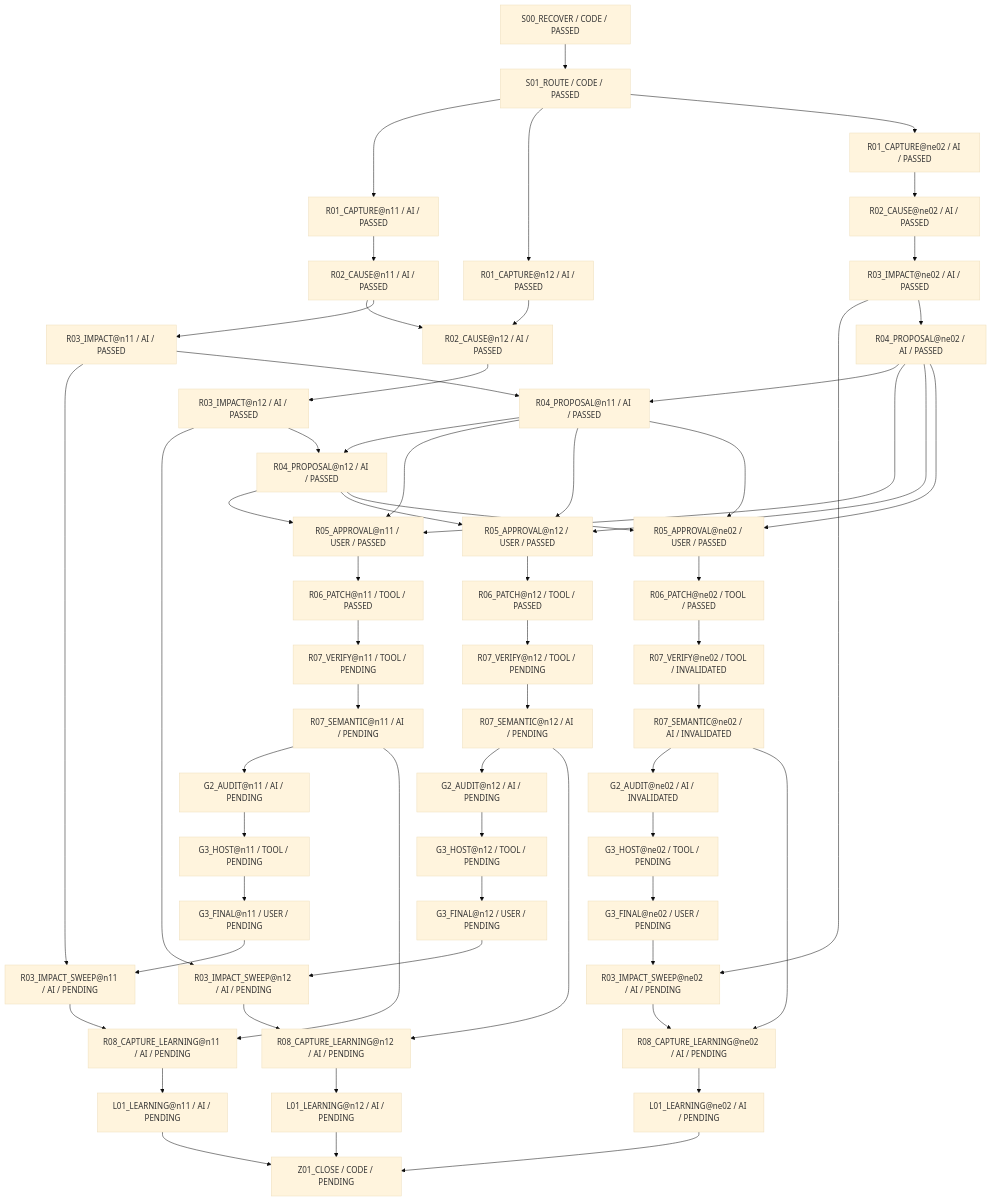
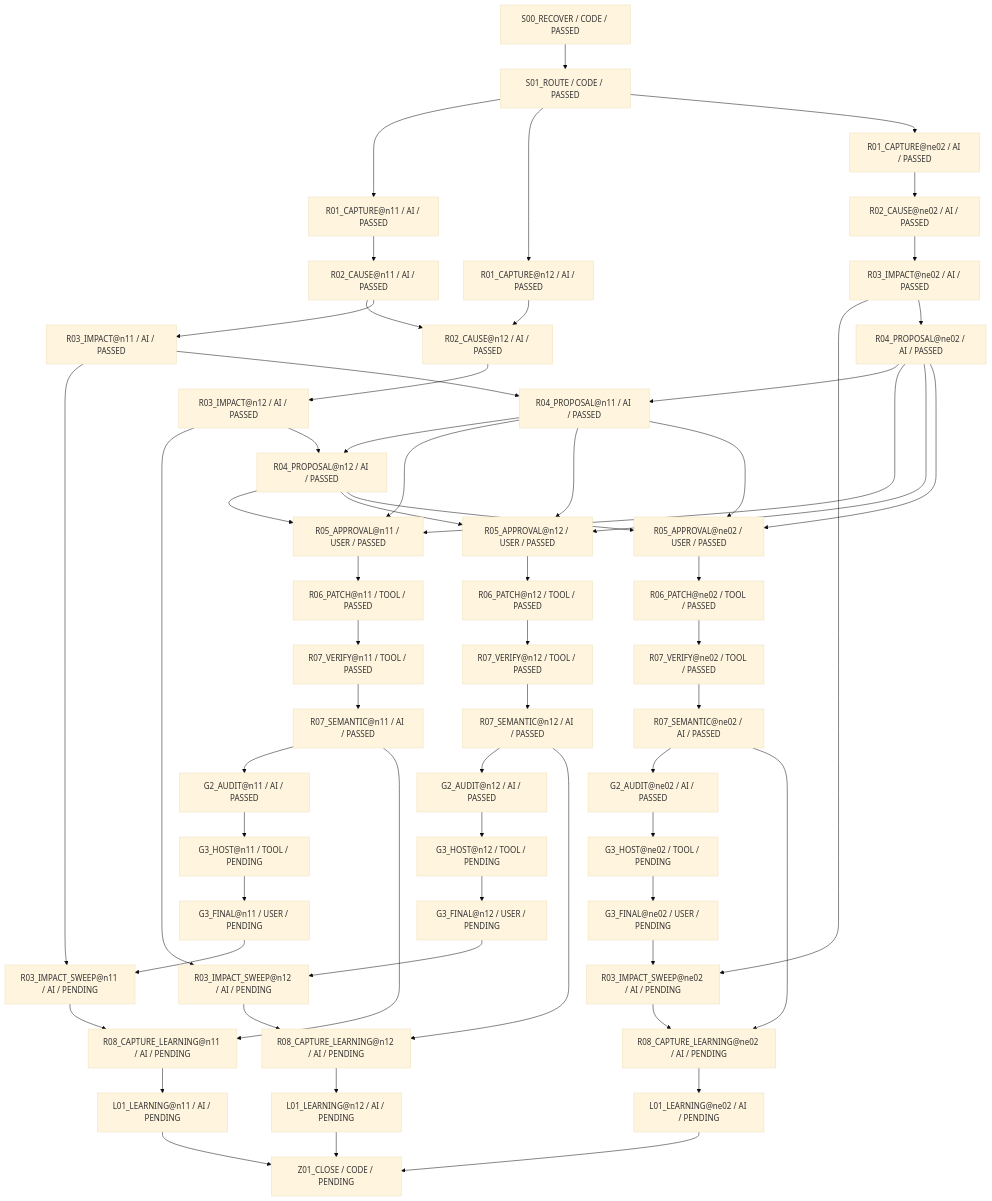
The diagram in work/items/W-MATH-036-ne02-n11-n12-guided-design/generated/BLOCK_FIRE_DIAGRAM.md (rrikunagasige-dot/kyotsu-step-web), drawn with Mermaid (base theme) before and after one commit. The commit also changed other lines of this file and 135 other files, not shown here.

```diff
--- a/work/items/W-MATH-036-ne02-n11-n12-guided-design/generated/BLOCK_FIRE_DIAGRAM.md
+++ b/work/items/W-MATH-036-ne02-n11-n12-guided-design/generated/BLOCK_FIRE_DIAGRAM.md
@@ -12,37 +12,37 @@
   N5["R04_PROPOSAL@ne02 / AI / PASSED"]
   N6["R05_APPROVAL@ne02 / USER / PASSED"]
   N7["R06_PATCH@ne02 / TOOL / PASSED"]
-  N8["R07_VERIFY@ne02 / TOOL / INVALIDATED"]
-  N9["R07_SEMANTIC@ne02 / AI / INVALIDATED"]
+  N8["R07_VERIFY@ne02 / TOOL / PASSED"]
+  N9["R07_SEMANTIC@ne02 / AI / PASSED"]
   N10["R01_CAPTURE@n11 / AI / PASSED"]
   N11["R02_CAUSE@n11 / AI / PASSED"]
   N12["R03_IMPACT@n11 / AI / PASSED"]
   N13["R04_PROPOSAL@n11 / AI / PASSED"]
   N14["R05_APPROVAL@n11 / USER / PASSED"]
   N15["R06_PATCH@n11 / TOOL / PASSED"]
-  N16["R07_VERIFY@n11 / TOOL / PENDING"]
-  N17["R07_SEMANTIC@n11 / AI / PENDING"]
+  N16["R07_VERIFY@n11 / TOOL / PASSED"]
+  N17["R07_SEMANTIC@n11 / AI / PASSED"]
   N18["R01_CAPTURE@n12 / AI / PASSED"]
   N19["R02_CAUSE@n12 / AI / PASSED"]
   N20["R03_IMPACT@n12 / AI / PASSED"]
   N21["R04_PROPOSAL@n12 / AI / PASSED"]
   N22["R05_APPROVAL@n12 / USER / PASSED"]
   N23["R06_PATCH@n12 / TOOL / PASSED"]
-  N24["R07_VERIFY@n12 / TOOL / PENDING"]
-  N25["R07_SEMANTIC@n12 / AI / PENDING"]
-  N26["G2_AUDIT@ne02 / AI / INVALIDATED"]
+  N24["R07_VERIFY@n12 / TOOL / PASSED"]
+  N25["R07_SEMANTIC@n12 / AI / PASSED"]
+  N26["G2_AUDIT@ne02 / AI / PASSED"]
   N27["G3_HOST@ne02 / TOOL / PENDING"]
   N28["G3_FINAL@ne02 / USER / PENDING"]
   N29["R03_IMPACT_SWEEP@ne02 / AI / PENDING"]
   N30["R08_CAPTURE_LEARNING@ne02 / AI / PENDING"]
   N31["L01_LEARNING@ne02 / AI / PENDING"]
-  N32["G2_AUDIT@n11 / AI / PENDING"]
+  N32["G2_AUDIT@n11 / AI / PASSED"]
   N33["G3_HOST@n11 / TOOL / PENDING"]
   N34["G3_FINAL@n11 / USER / PENDING"]
   N35["R03_IMPACT_SWEEP@n11 / AI / PENDING"]
   N36["R08_CAPTURE_LEARNING@n11 / AI / PENDING"]
   N37["L01_LEARNING@n11 / AI / PENDING"]
-  N38["G2_AUDIT@n12 / AI / PENDING"]
+  N38["G2_AUDIT@n12 / AI / PASSED"]
   N39["G3_HOST@n12 / TOOL / PENDING"]
   N40["G3_FINAL@n12 / USER / PENDING"]
   N41["R03_IMPACT_SWEEP@n12 / AI / PENDING"]
```
